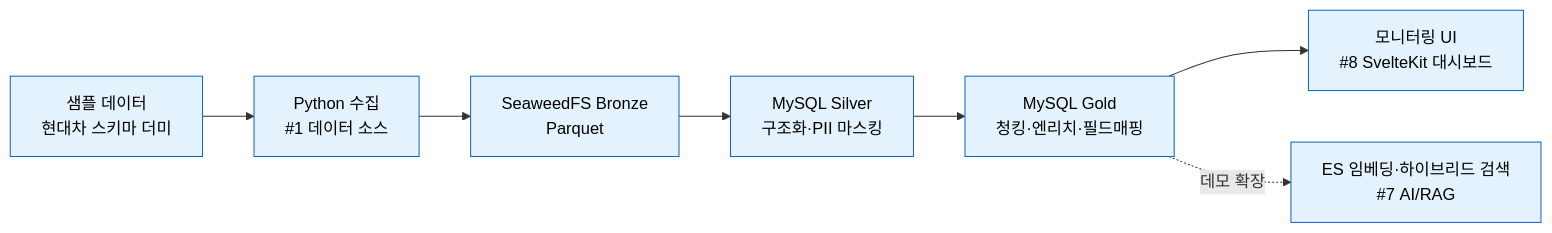
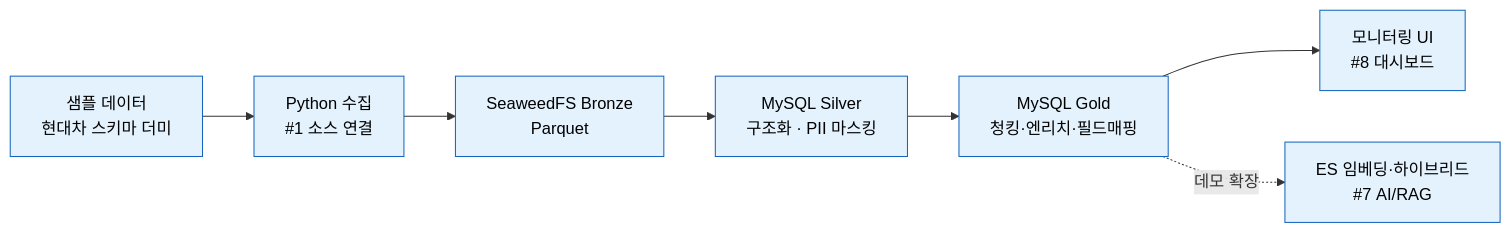
The second of 4 diagrams in docs/pipeline-emulator-vs-lakehouse-research.md (mzd-nrkim/pipeline-emulator), drawn with Mermaid before and after one commit. The commit also changed other lines of this file, not shown here.

````diff
--- a/docs/pipeline-emulator-vs-lakehouse-research.md
+++ b/docs/pipeline-emulator-vs-lakehouse-research.md
@@ -76,12 +96,12 @@
 ```mermaid
 flowchart LR
-    SRC["샘플 데이터<br/>현대차 스키마 더미"] --> COL["Python 수집<br/>#1 데이터 소스"]
+    SRC["샘플 데이터<br/>현대차 스키마 더미"] --> COL["Python 수집<br/>#1 소스 연결"]
     COL --> BRZ["SeaweedFS Bronze<br/>Parquet"]
-    BRZ --> SLV["MySQL Silver<br/>구조화·PII 마스킹"]
+    BRZ --> SLV["MySQL Silver<br/>구조화 · PII 마스킹"]
     SLV --> GLD["MySQL Gold<br/>청킹·엔리치·필드매핑"]
-    GLD --> MON["모니터링 UI<br/>#8 SvelteKit 대시보드"]
-    GLD -. 데모 확장 .-> ES["ES 임베딩·하이브리드 검색<br/>#7 AI/RAG"]
+    GLD --> MON["모니터링 UI<br/>#8 대시보드"]
+    GLD -. 데모 확장 .-> ES["ES 임베딩·하이브리드<br/>#7 AI/RAG"]
 
     classDef emu fill:#e3f2fd,stroke:#1565c0,color:#000
     class SRC,COL,BRZ,SLV,GLD,MON,ES emu
 ```
````
